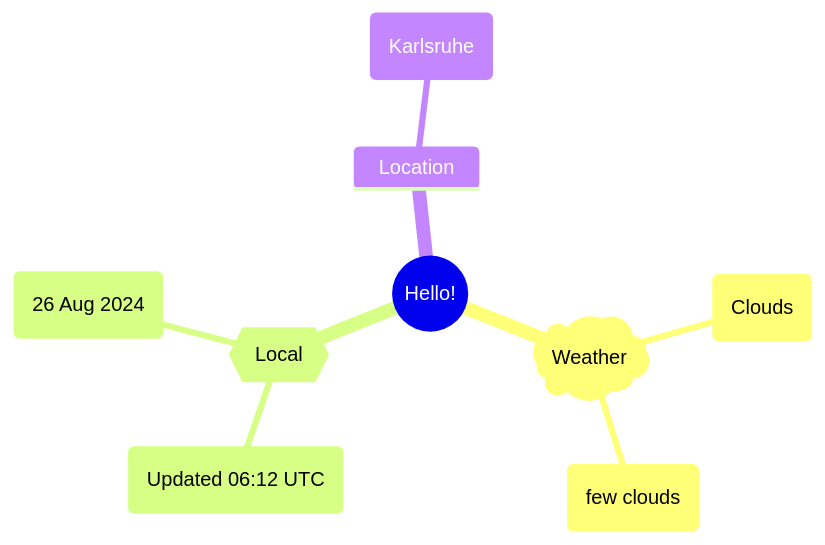
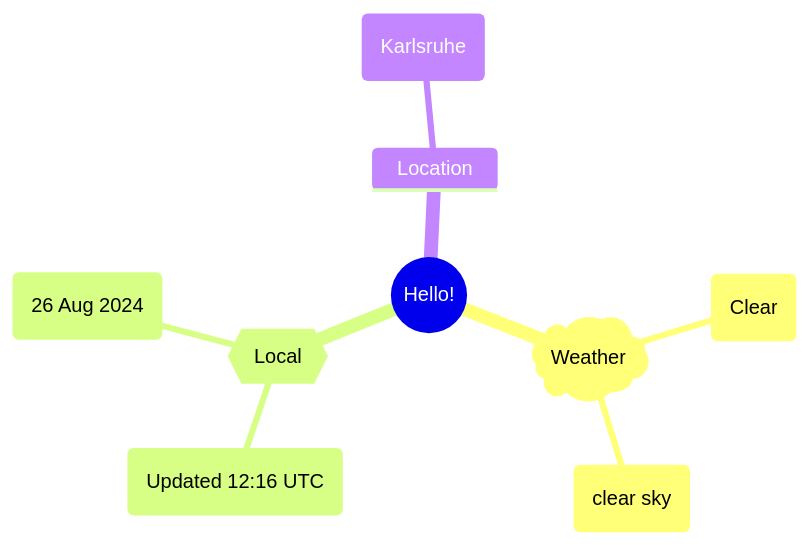
Before and after one commit to Xosrov/Xosrov: the first of 2 diagrams in README.md, drawn with Mermaid.

Commit message:
[bot] updated images

````diff
--- a/README.md
+++ b/README.md
@@ -3,12 +3,12 @@
 ```mermaid
 mindmap
   root((Hello!))
     )Weather(
-        (Clouds)
-        (few clouds)
+        (Clear)
+        (clear sky)
     {{Local}}
-        (Updated 06:12 UTC)
+        (Updated 12:16 UTC)
         (26 Aug 2024)
     Location
         (Karlsruhe)
 ```
````
